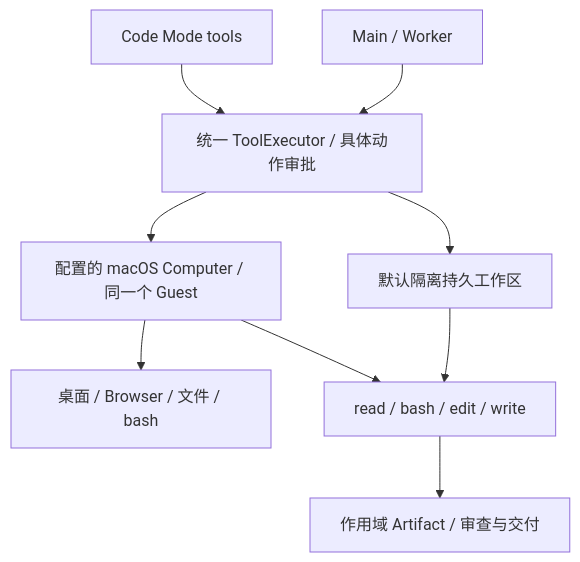
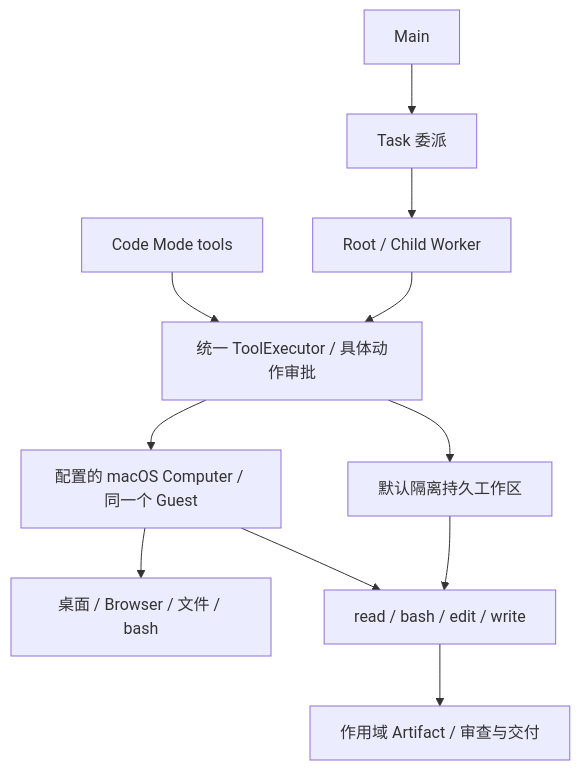
One commit to z-chenhao/assistant changed the diagram in docs/designs/coding.md. Above: the diagram before and after it, drawn with Mermaid. The commit also changed other lines of this file and 263 other files, not shown here.

````diff
--- a/docs/designs/coding.md
+++ b/docs/designs/coding.md
@@ -9,11 +9,13 @@
 ```mermaid
 flowchart TD
-    A[Main / Worker] --> T[统一 ToolExecutor / 具体动作审批]
+    M[Main] --> Q[Task 委派]
+    Q --> A[Root / Child Worker]
+    A --> T[统一 ToolExecutor / 具体动作审批]
     J[Code Mode tools] --> T
     T --> E[默认隔离持久工作区]
     T --> C[配置的 macOS Computer / 同一个 Guest]
     C --> D[桌面 / Browser / 文件 / bash]
     E --> F[read / bash / edit / write]
     C --> F
     F --> R[作用域 Artifact / 审查与交付]
 ```
````
